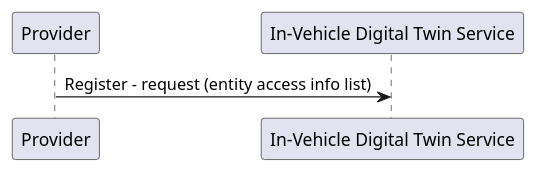
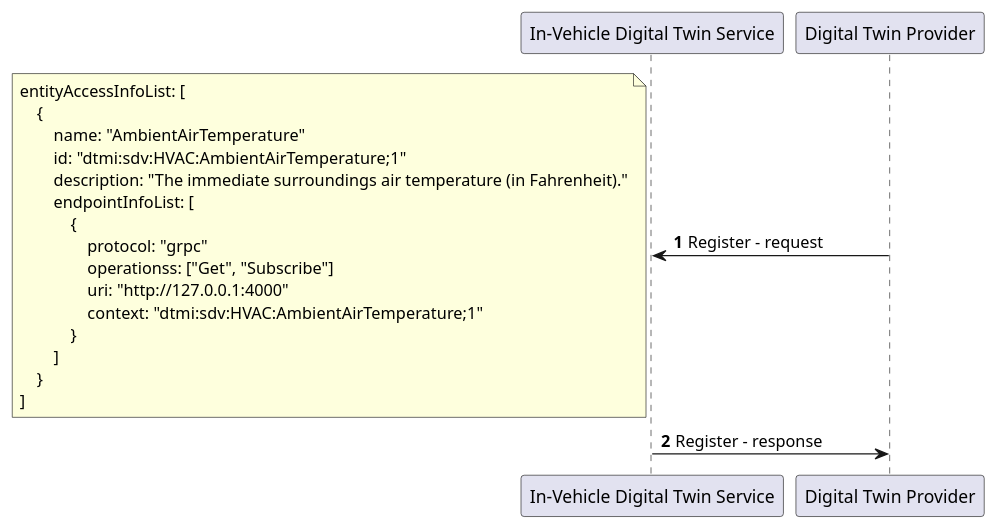
Before and after one commit to eclipse-ibeji/ibeji: the diagram in docs/design/diagrams/register_sequence.puml, drawn with PlantUML. The commit also changed 23 other files, not shown here.

```diff
--- a/docs/design/diagrams/register_sequence.puml
+++ b/docs/design/diagrams/register_sequence.puml
@@ -1,8 +1,26 @@
 @startuml
 
-participant "Provider"
-participant "In-Vehicle Digital Twin Service"
+autonumber
 
-"Provider" -> "In-Vehicle Digital Twin Service" : Register - request (entity access info list)
+"In-Vehicle Digital Twin Service"  <- "Digital Twin Provider" : Register - request
+note left
+entityAccessInfoList: [
+    {
+        name: "AmbientAirTemperature"
+        id: "dtmi:sdv:HVAC:AmbientAirTemperature;1"
+        description: "The immediate surroundings air temperature (in Fahrenheit)."
+        endpointInfoList: [
+            {
+                protocol: "grpc"
+                operationss: ["Get", "Subscribe"]
+                uri: "http://127.0.0.1:4000"
+                context: "dtmi:sdv:HVAC:AmbientAirTemperature;1"
+            }
+        ]
+    }
+]
+end note
+
+"In-Vehicle Digital Twin Service" -> "Digital Twin Provider": Register - response
 
 @enduml
```
